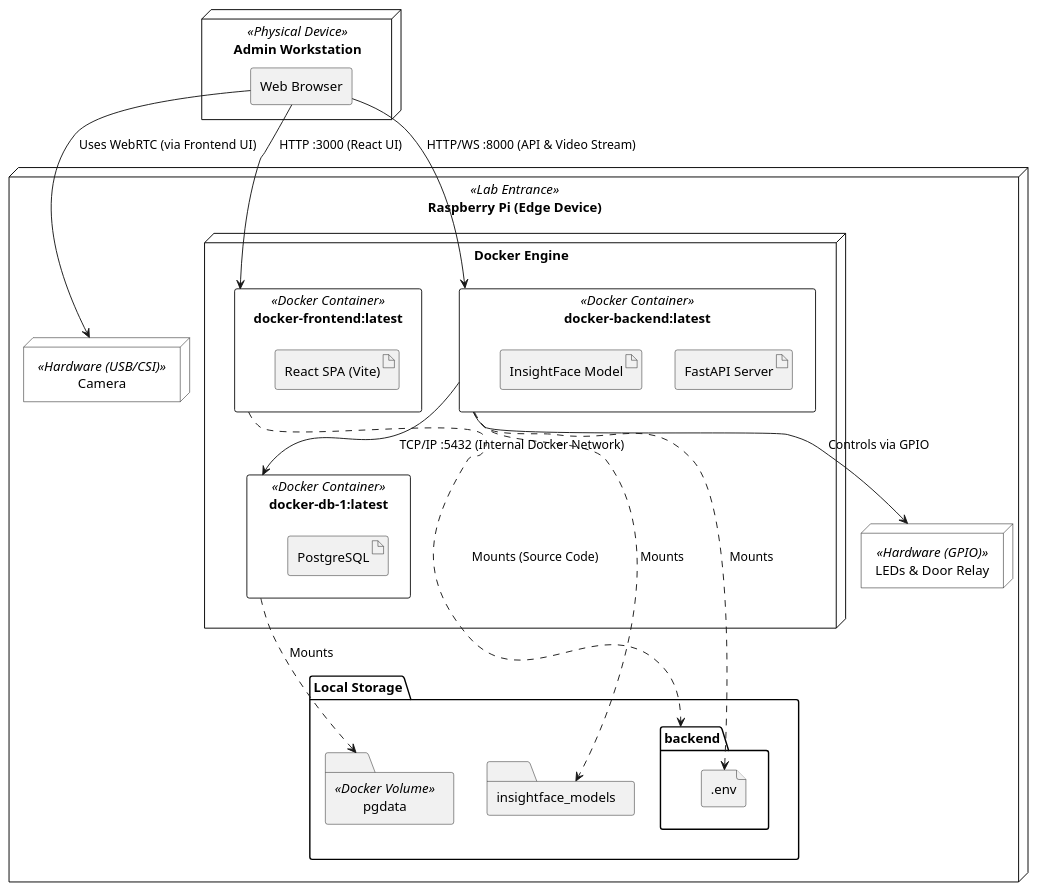
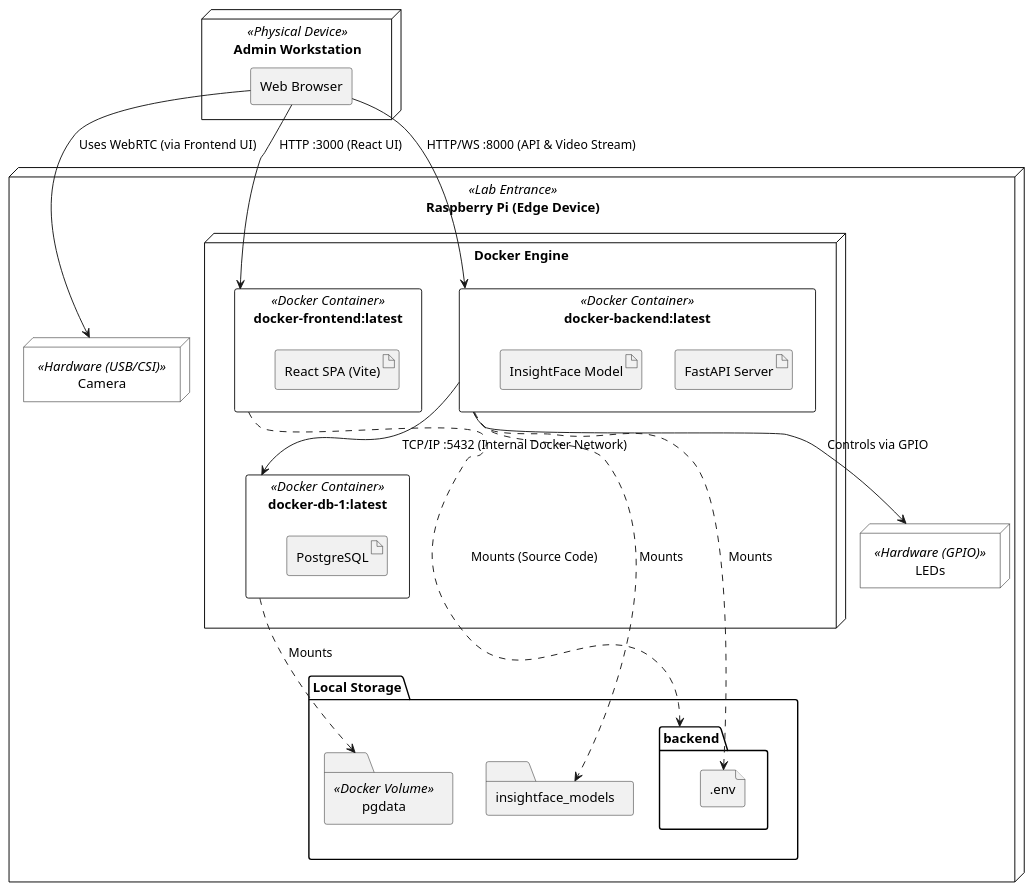
One commit to Innopolis-Robotics-Society/FaceGuardV3 changed the diagram in docs/architecture/deployment-view/deployment-diagram.puml. Above: the diagram before and after it, drawn with PlantUML. The commit also changed 7 other files, not shown here.

Commit message:
docs: remove obsolete door control mentions across architecture and reports, and fix backend formatting

```diff
--- a/docs/architecture/deployment-view/deployment-diagram.puml
+++ b/docs/architecture/deployment-view/deployment-diagram.puml
@@ -1,52 +1,52 @@
 @startuml deployment-view
 skinparam componentStyle rectangle
 skinparam node {
     BackgroundColor white
     BorderColor black
 }
 
 node "Admin Workstation" <<Physical Device>> as PC {
     component "Web Browser" as Browser
 }
 
 node "Raspberry Pi (Edge Device)" <<Lab Entrance>> as RPi {
     node "Camera" <<Hardware (USB/CSI)>> as Cam
-    node "LEDs & Door Relay" <<Hardware (GPIO)>> as DoorCtrl
+    node "LEDs" <<Hardware (GPIO)>> as LEDCtrl
 
     node "Docker Engine" as Docker {
         component "docker-frontend:latest" <<Docker Container>> as FrontendApp {
             artifact "React SPA (Vite)"
         }
         component "docker-backend:latest" <<Docker Container>> as BackendApp {
             artifact "FastAPI Server"
             artifact "InsightFace Model"
         }
         component "docker-db-1:latest" <<Docker Container>> as DB {
             artifact "PostgreSQL"
         }
     }
     
     folder "Local Storage" as Storage {
         folder "backend" as BackendDir {
             file ".env" as EnvFile
         }
         folder "insightface_models" as Models
         folder "pgdata" as PgData <<Docker Volume>>
     }
     
     BackendApp ..> EnvFile : " Mounts"
     BackendApp ..> Models : " Mounts"
     DB ..> PgData : " Mounts"
     FrontendApp ..> BackendDir : " Mounts (Source Code)"
     
     ' Physical connections inside the Pi
     Browser --> Cam : " Uses WebRTC (via Frontend UI)"
-    BackendApp --> DoorCtrl : " Controls via GPIO"
+    BackendApp --> LEDCtrl : " Controls via GPIO"
 }
 
 ' Network Connections
 Browser --> FrontendApp : " HTTP :3000 (React UI)"
 Browser --> BackendApp : " HTTP/WS :8000 (API & Video Stream)"
 BackendApp --> DB : " TCP/IP :5432 (Internal Docker Network)"
 
 @enduml
```
